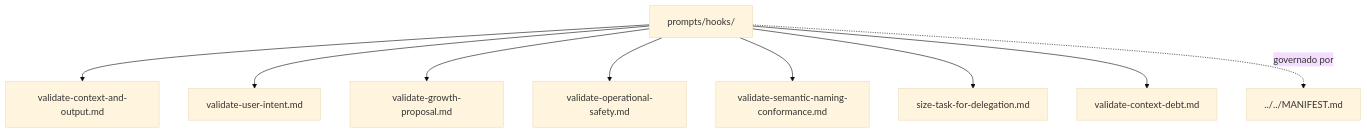
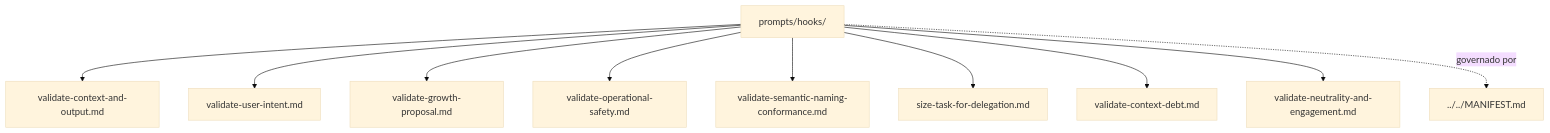
One commit to moreira-and/agent-ops changed the diagram in prompts/hooks/README.md. Above: the diagram before and after it, drawn with Mermaid (base theme). The commit also changed other lines of this file and 15 other files, not shown here.

````diff
--- a/prompts/hooks/README.md
+++ b/prompts/hooks/README.md
@@ -94,12 +96,13 @@
 ```mermaid
 flowchart TD
     current["prompts/hooks/"]
     current --> n1["validate-context-and-output.md"]
     current --> n2["validate-user-intent.md"]
     current --> n3["validate-growth-proposal.md"]
     current --> n4["validate-operational-safety.md"]
     current --> n5["validate-semantic-naming-conformance.md"]
     current --> n6["size-task-for-delegation.md"]
     current --> n7["validate-context-debt.md"]
-    current -. "governado por" .-> n8["../../MANIFEST.md"]
+    current --> n8["validate-neutrality-and-engagement.md"]
+    current -. "governado por" .-> n9["../../MANIFEST.md"]
 ```
````
